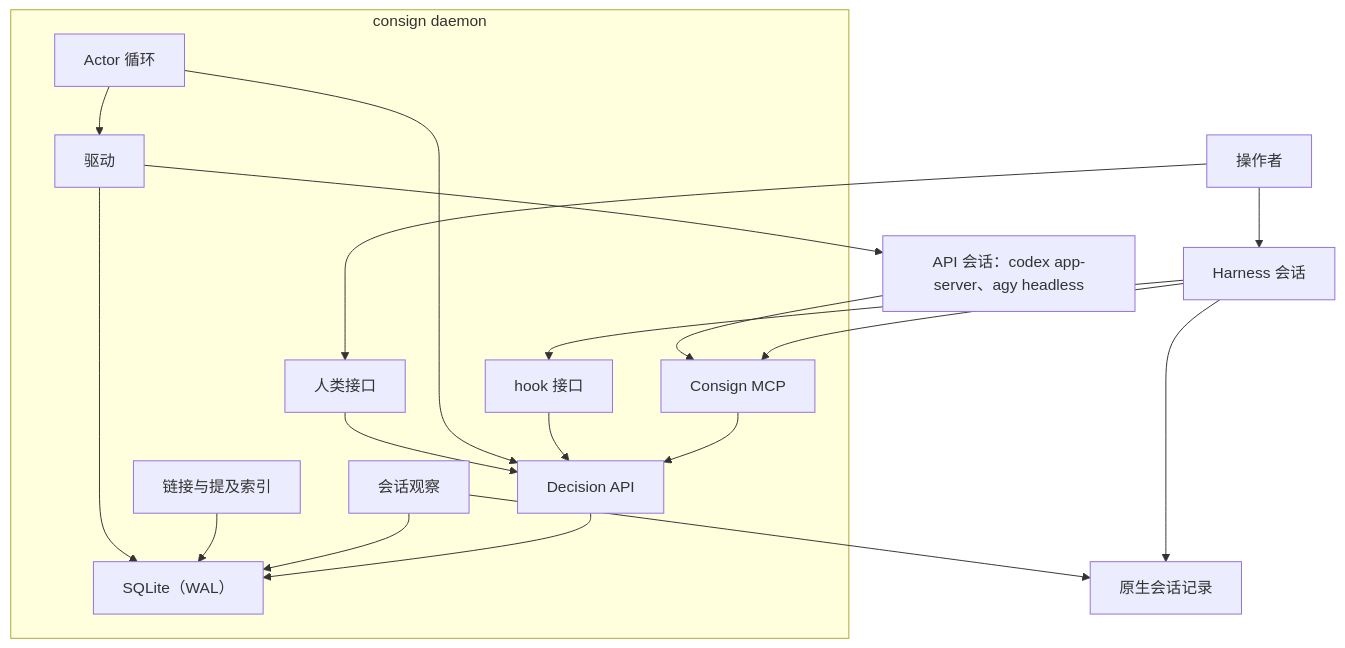
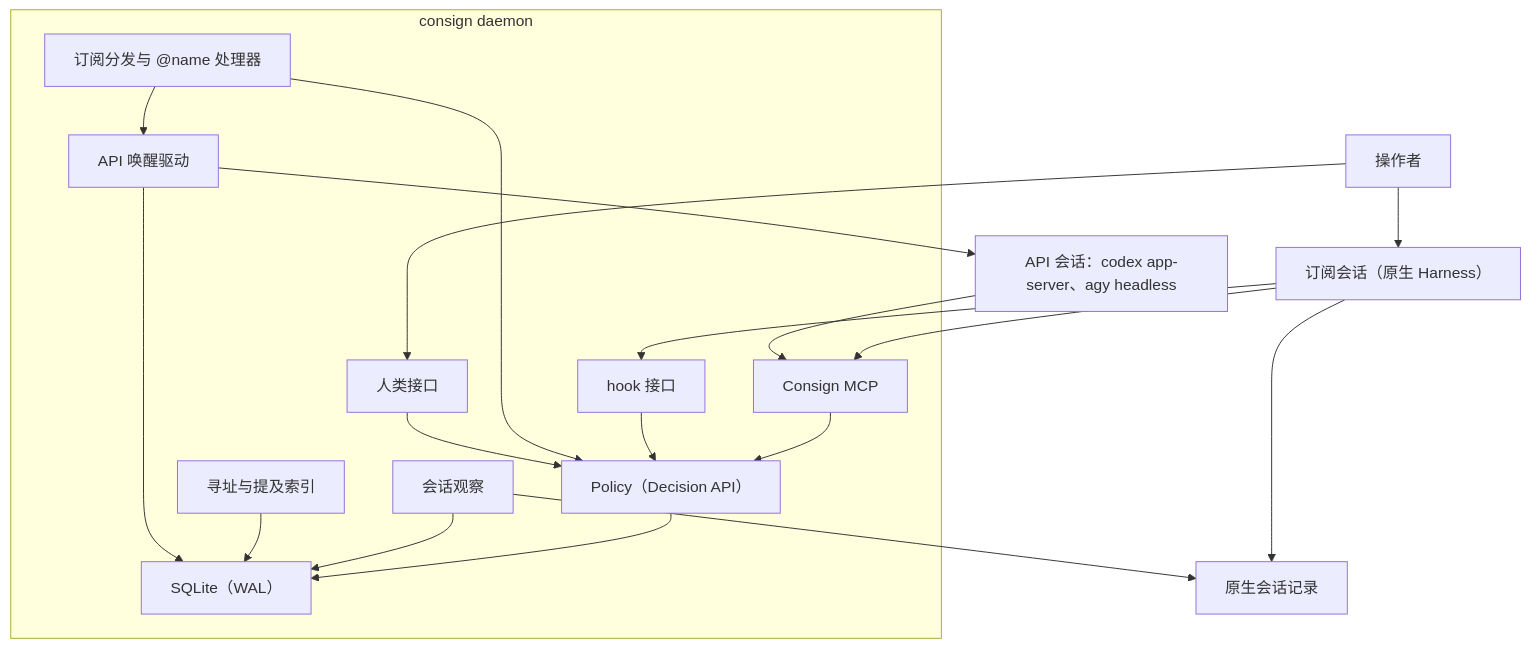
One commit to zhscn/consign changed the second of 2 diagrams in IMPLEMENTATION.md. Above: the diagram before and after it, drawn with Mermaid. The commit also changed other lines of this file and 2 other files, not shown here.

First line of the commit message:
Converge architecture on minimal agent-IPC model

````diff
--- a/IMPLEMENTATION.md
+++ b/IMPLEMENTATION.md
@@ -315,35 +285,35 @@
 ```mermaid
 flowchart TB
   OP["操作者"]
-  H["Harness 会话"]
+  H["订阅会话（原生 Harness）"]
   LOGS["原生会话记录"]
   subgraph D["consign daemon"]
     HAPI["人类接口"]
     MCP["Consign MCP"]
     HOOK["hook 接口"]
-    PDP["Decision API"]
+    PDP["Policy（Decision API）"]
     OBS["会话观察"]
-    IDX["链接与提及索引"]
-    ACT["Actor 循环"]
-    DRV["驱动"]
+    IDX["寻址与提及索引"]
+    SUB["订阅分发与 @name 处理器"]
+    DRV["API 唤醒驱动"]
     DB["SQLite（WAL）"]
   end
   HA["API 会话：codex app-server、agy headless"]
   OP --> H
   OP --> HAPI
   H --> MCP
   H --> HOOK
   H --> LOGS
   OBS --> LOGS
   MCP --> PDP
   HOOK --> PDP
-  ACT --> PDP
+  SUB --> PDP
   HAPI --> PDP
   PDP --> DB
   OBS --> DB
   IDX --> DB
-  ACT --> DRV
+  SUB --> DRV
   DRV --> HA
   HA --> MCP
   DRV --> DB
 ```
````
